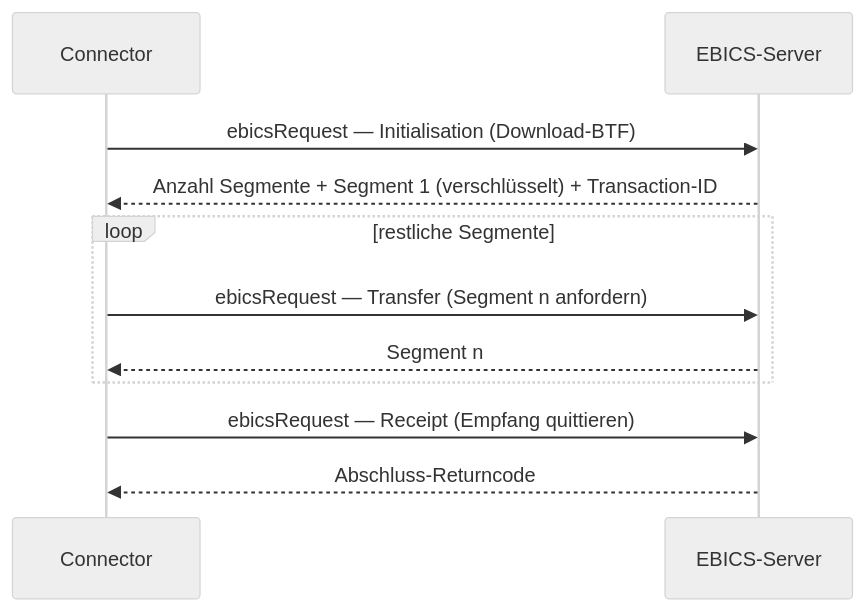
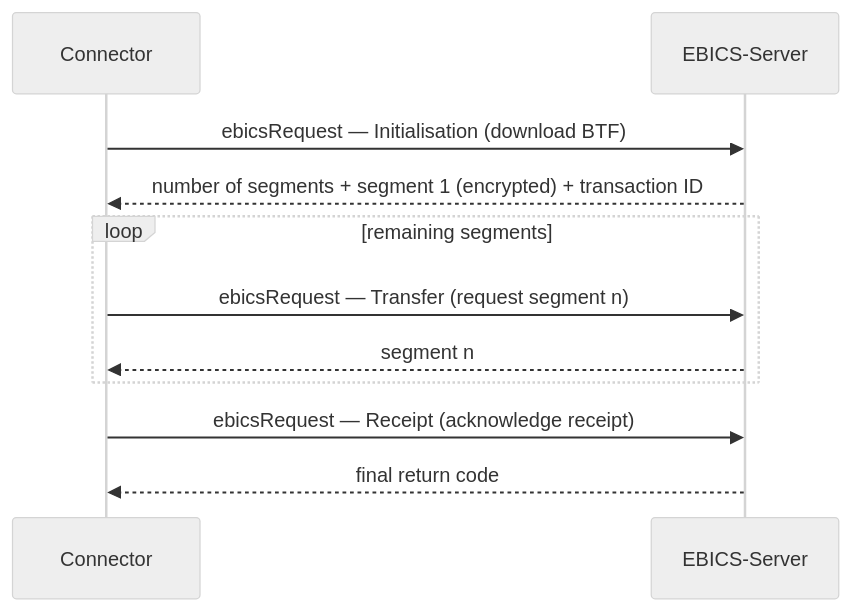
The fifth of 5 diagrams in docs/connector/architecture.md (dominikz98/ebico), drawn with Mermaid (neutral theme) before and after one commit. The commit also changed other lines of this file and 59 other files, not shown here.

````diff
--- a/docs/connector/architecture.md
+++ b/docs/connector/architecture.md
@@ -190,13 +190,13 @@
 ```mermaid
 sequenceDiagram
     participant C as Connector
     participant S as EBICS-Server
-    C->>S: ebicsRequest — Initialisation (Download-BTF)
-    S-->>C: Anzahl Segmente + Segment 1 (verschlüsselt) + Transaction-ID
-    loop restliche Segmente
-        C->>S: ebicsRequest — Transfer (Segment n anfordern)
-        S-->>C: Segment n
+    C->>S: ebicsRequest — Initialisation (download BTF)
+    S-->>C: number of segments + segment 1 (encrypted) + transaction ID
+    loop remaining segments
+        C->>S: ebicsRequest — Transfer (request segment n)
+        S-->>C: segment n
     end
-    C->>S: ebicsRequest — Receipt (Empfang quittieren)
-    S-->>C: Abschluss-Returncode
+    C->>S: ebicsRequest — Receipt (acknowledge receipt)
+    S-->>C: final return code
 ```
````
